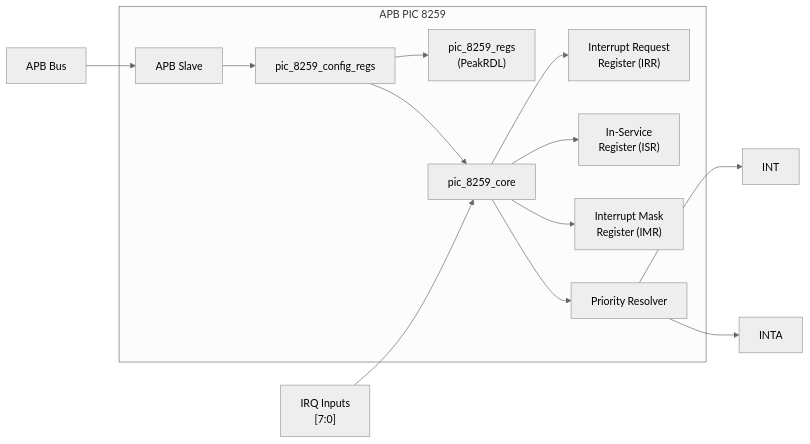
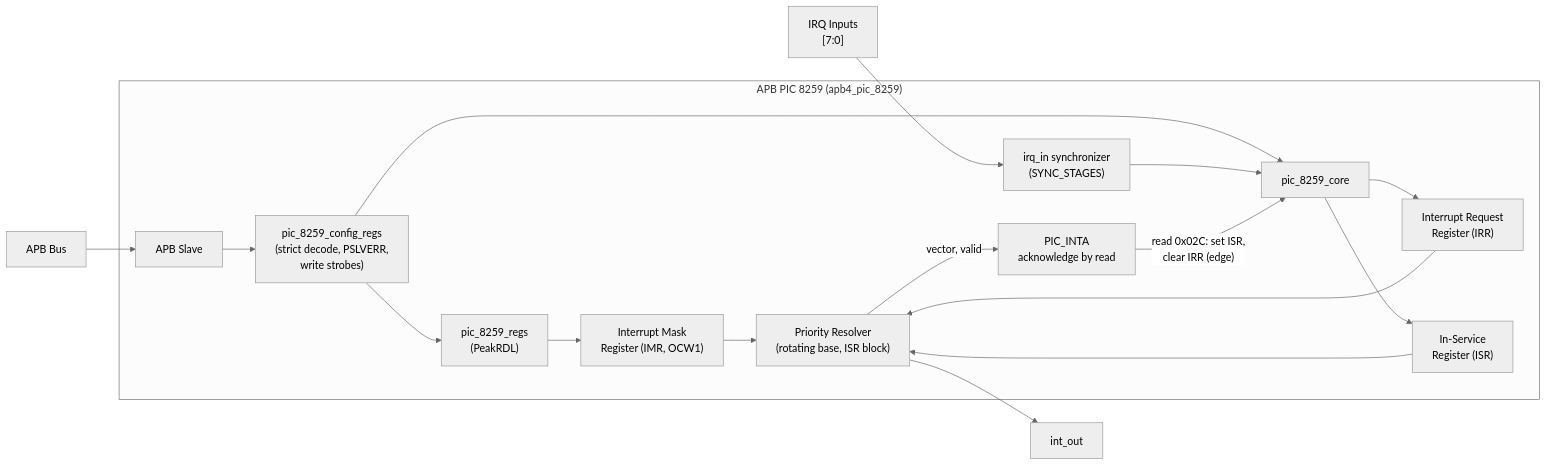
The diagram in projects/components/retro_legacy_blocks/docs/pic_8259_mas/assets/mermaid/pic_8259_block_diagram.mmd (sean-galloway/RTLDesignSherpa), drawn with Mermaid before and after one commit. The commit also changed 27 other files, not shown here.

First line of the commit message:
fix(rlb/pic_8259): acknowledge-by-read, live ISR/IRR, datasheet nesting and SMM, strict decode (#50)

```diff
--- a/projects/components/retro_legacy_blocks/docs/pic_8259_mas/assets/mermaid/pic_8259_block_diagram.mmd
+++ b/projects/components/retro_legacy_blocks/docs/pic_8259_mas/assets/mermaid/pic_8259_block_diagram.mmd
@@ -1,25 +1,31 @@
 %%{init: {'theme': 'neutral'}}%%
 flowchart LR
-    subgraph APB_PIC["APB PIC 8259"]
+    subgraph APB_PIC["APB PIC 8259 (apb4_pic_8259)"]
         APB["APB Slave"]
-        CFG["pic_8259_config_regs"]
+        CFG["pic_8259_config_regs<br/>(strict decode, PSLVERR,<br/>write strobes)"]
         REGS["pic_8259_regs<br/>(PeakRDL)"]
         CORE["pic_8259_core"]
+        SYNC["irq_in synchronizer<br/>(SYNC_STAGES)"]
         IRR["Interrupt Request<br/>Register (IRR)"]
         ISR["In-Service<br/>Register (ISR)"]
-        IMR["Interrupt Mask<br/>Register (IMR)"]
-        PRIO["Priority Resolver"]
+        IMR["Interrupt Mask<br/>Register (IMR, OCW1)"]
+        PRIO["Priority Resolver<br/>(rotating base, ISR block)"]
+        INTA["PIC_INTA<br/>acknowledge by read"]
     end
 
     BUS["APB Bus"] --> APB
     APB --> CFG
     CFG --> REGS
     CFG --> CORE
+    REGS --> IMR
     CORE --> IRR
     CORE --> ISR
-    CORE --> IMR
-    CORE --> PRIO
+    IRR --> PRIO
+    ISR --> PRIO
+    IMR --> PRIO
 
-    IRQ_IN["IRQ Inputs<br/>[7:0]"] --> CORE
-    PRIO --> INT["INT"]
-    PRIO --> INTA["INTA"]
+    IRQ_IN["IRQ Inputs<br/>[7:0]"] --> SYNC
+    SYNC --> CORE
+    PRIO --> INT["int_out"]
+    PRIO -- "vector, valid" --> INTA
+    INTA -- "read 0x02C: set ISR,<br/>clear IRR (edge)" --> CORE
```
